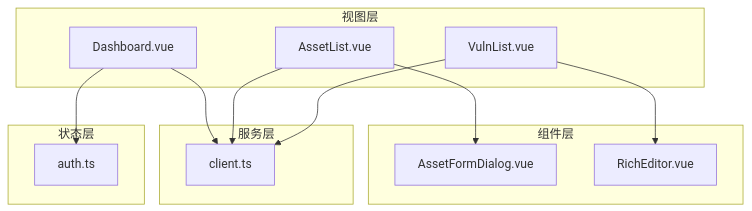
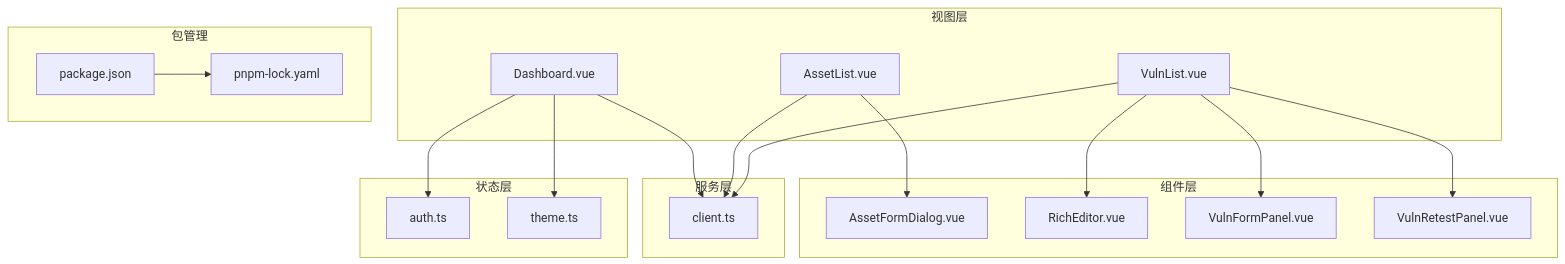
The sixth of 6 diagrams in .qoder/repowiki/zh/content/前端组件/前端组件.md (vu1Art1st/talos), drawn with Mermaid before and after one commit. The commit also changed other lines of this file and 129 other files, not shown here.

````diff
--- a/.qoder/repowiki/zh/content/前端组件/前端组件.md
+++ b/.qoder/repowiki/zh/content/前端组件/前端组件.md
@@ -273,24 +347,35 @@
 ```mermaid
 graph TB
 subgraph "视图层"
 V1["Dashboard.vue"]
 V2["AssetList.vue"]
 V3["VulnList.vue"]
 end
 subgraph "组件层"
 C1["AssetFormDialog.vue"]
 C2["RichEditor.vue"]
+C3["VulnFormPanel.vue"]
+C4["VulnRetestPanel.vue"]
 end
 subgraph "状态层"
 S1["auth.ts"]
+S2["theme.ts"]
 end
 subgraph "服务层"
 A1["client.ts"]
 end
+subgraph "包管理"
+P1["package.json"]
+P2["pnpm-lock.yaml"]
+end
 V1 --> S1
+V1 --> S2
 V2 --> C1
 V3 --> C2
+V3 --> C3
+V3 --> C4
 V1 --> A1
 V2 --> A1
 V3 --> A1
+P1 --> P2
 ```
````
